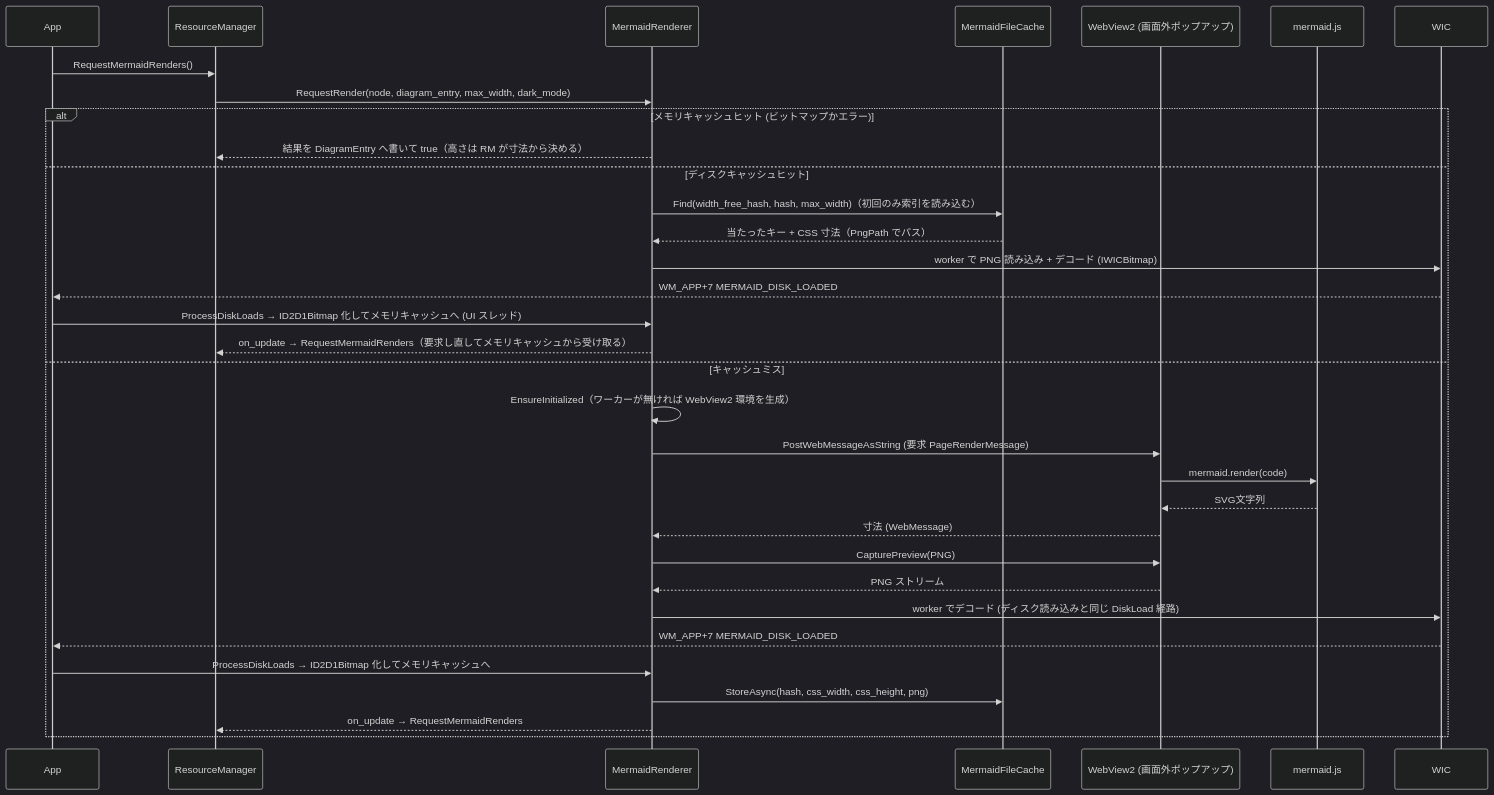
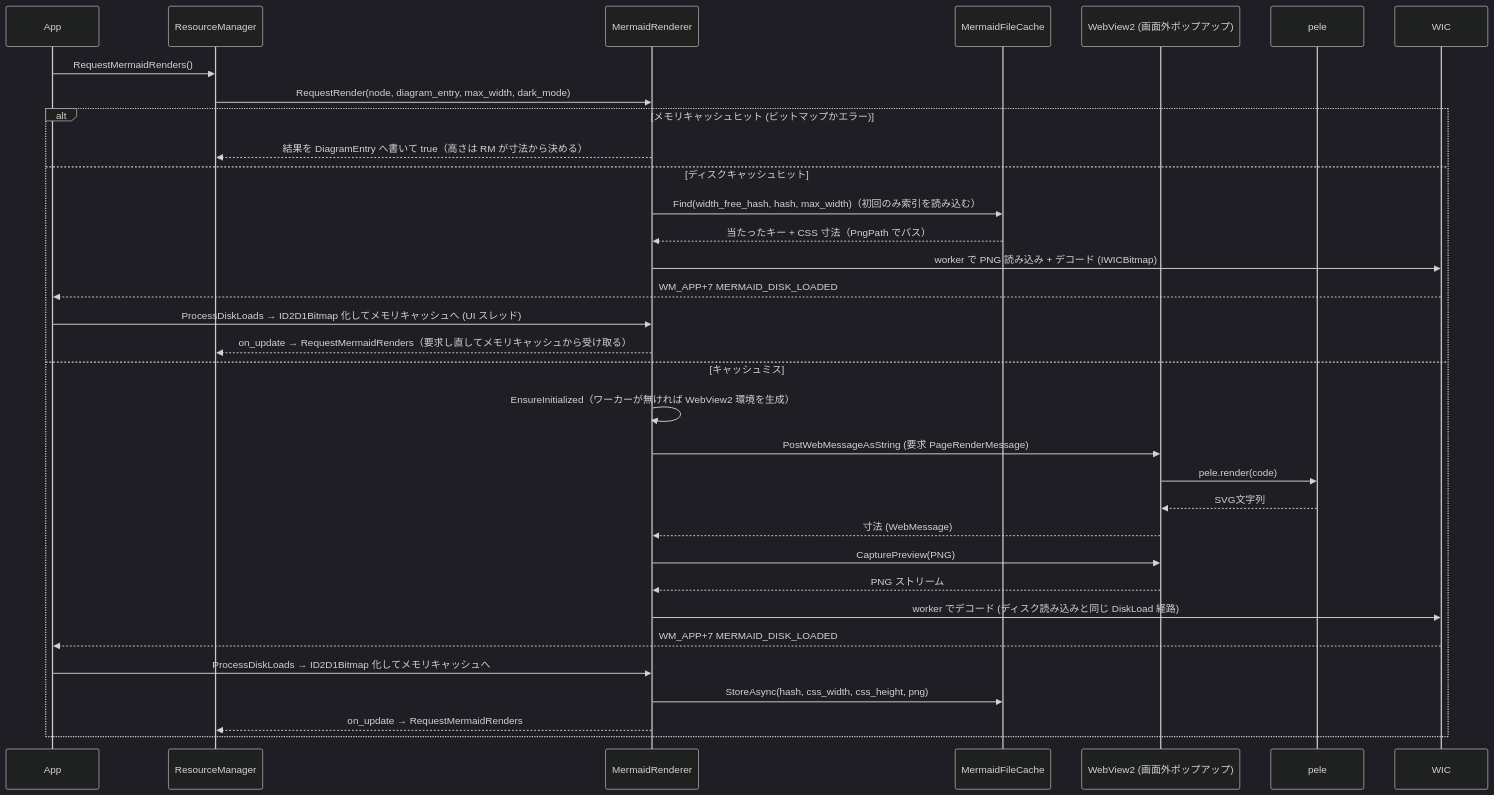
One commit to tanaton/mendo changed diagram 11 of 27 in example/test.md. Above: the diagram before and after it, drawn with Mermaid (dark theme). The commit also changed other lines of this file and 127 other files, not shown here.

First line of the commit message:
図の描画を mermaid.js から pele に替える

````diff
--- a/example/test.md
+++ b/example/test.md
@@ -1557,36 +1557,36 @@
 ```mermaid
 sequenceDiagram
     participant APP as App
     participant RM as ResourceManager
     participant MR as MermaidRenderer
     participant FC as MermaidFileCache
     participant WV as WebView2 (画面外ポップアップ)
-    participant JS as mermaid.js
+    participant JS as pele
     participant WIC as WIC
 
     APP->>RM: RequestMermaidRenders()
     RM->>MR: RequestRender(node, diagram_entry, max_width, dark_mode)
     alt メモリキャッシュヒット (ビットマップかエラー)
         MR-->>RM: 結果を DiagramEntry へ書いて true（高さは RM が寸法から決める）
     else ディスクキャッシュヒット
         MR->>FC: Find(width_free_hash, hash, max_width)（初回のみ索引を読み込む）
         FC-->>MR: 当たったキー + CSS 寸法（PngPath でパス）
         MR->>WIC: worker で PNG 読み込み + デコード (IWICBitmap)
         WIC-->>APP: WM_APP+7 MERMAID_DISK_LOADED
         APP->>MR: ProcessDiskLoads → ID2D1Bitmap 化してメモリキャッシュへ (UI スレッド)
         MR-->>RM: on_update → RequestMermaidRenders（要求し直してメモリキャッシュから受け取る）
     else キャッシュミス
         MR->>MR: EnsureInitialized（ワーカーが無ければ WebView2 環境を生成）
         MR->>WV: PostWebMessageAsString (要求 PageRenderMessage)
-        WV->>JS: mermaid.render(code)
+        WV->>JS: pele.render(code)
         JS-->>WV: SVG文字列
         WV-->>MR: 寸法 (WebMessage)
         MR->>WV: CapturePreview(PNG)
         WV-->>MR: PNG ストリーム
         MR->>WIC: worker でデコード (ディスク読み込みと同じ DiskLoad 経路)
         WIC-->>APP: WM_APP+7 MERMAID_DISK_LOADED
         APP->>MR: ProcessDiskLoads → ID2D1Bitmap 化してメモリキャッシュへ
         MR->>FC: StoreAsync(hash, css_width, css_height, png)
         MR-->>RM: on_update → RequestMermaidRenders
     end
 ```
````
